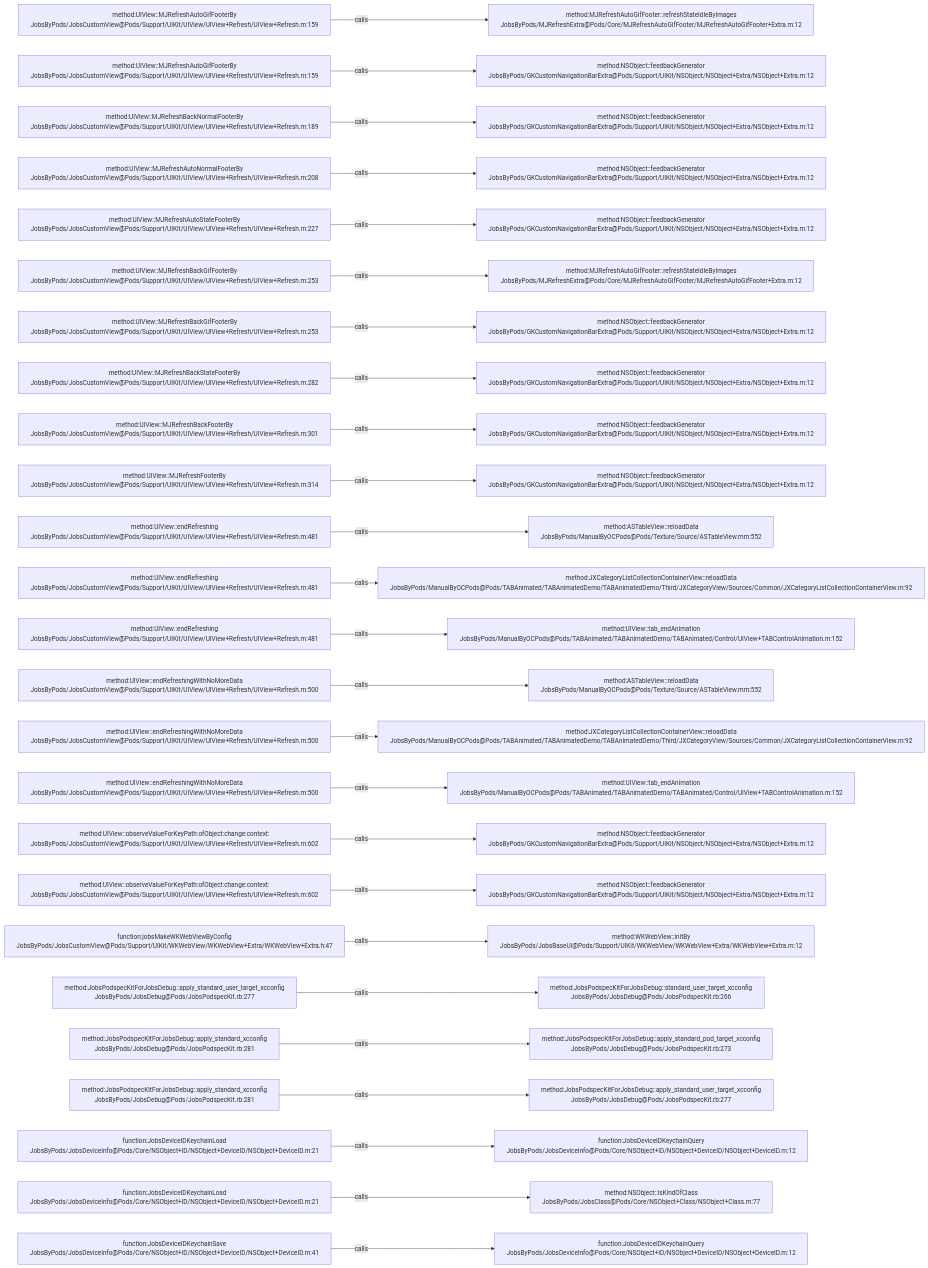
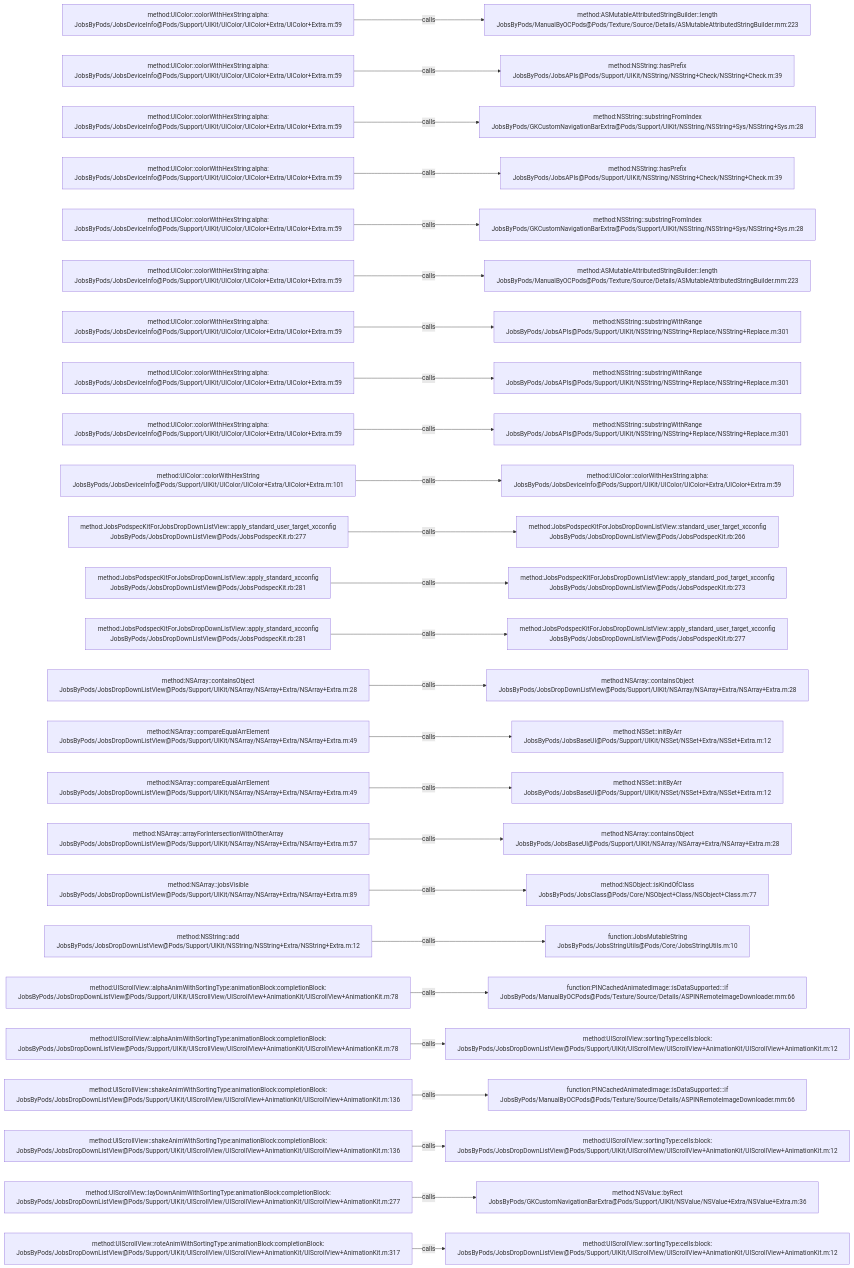
One commit to JobsKits/JobsOCBaseConfigDemo changed the diagram in .codegraph/codegraph.md/graphs/calls-092.md. Above: the diagram before and after it, drawn with Mermaid. The commit also changed 639 other files, not shown here.

````diff
--- a/.codegraph/codegraph.md/graphs/calls-092.md
+++ b/.codegraph/codegraph.md/graphs/calls-092.md
@@ -13,78 +13,78 @@
 ```mermaid
 flowchart LR
-  S1["method:UIView::MJRefreshAutoGifFooterBy<br/>JobsByPods/JobsCustomView@Pods/Support/UIKit/UIView/UIView+Refresh/UIView+Refresh.m:159"]
-  T1["method:MJRefreshAutoGifFooter::refreshStateIdleByImages<br/>JobsByPods/MJRefreshExtra@Pods/Core/MJRefreshAutoGifFooter/MJRefreshAutoGifFooter+Extra.m:12"]
+  S1["method:UIColor::colorWithHexString:alpha:<br/>JobsByPods/JobsDeviceInfo@Pods/Support/UIKit/UIColor/UIColor+Extra/UIColor+Extra.m:59"]
+  T1["method:ASMutableAttributedStringBuilder::length<br/>JobsByPods/ManualByOCPods@Pods/Texture/Source/Details/ASMutableAttributedStringBuilder.mm:223"]
   S1 -->|calls| T1
-  S2["method:UIView::MJRefreshAutoGifFooterBy<br/>JobsByPods/JobsCustomView@Pods/Support/UIKit/UIView/UIView+Refresh/UIView+Refresh.m:159"]
-  T2["method:NSObject::feedbackGenerator<br/>JobsByPods/GKCustomNavigationBarExtra@Pods/Support/UIKit/NSObject/NSObject+Extra/NSObject+Extra.m:12"]
+  S2["method:UIColor::colorWithHexString:alpha:<br/>JobsByPods/JobsDeviceInfo@Pods/Support/UIKit/UIColor/UIColor+Extra/UIColor+Extra.m:59"]
+  T2["method:NSString::hasPrefix<br/>JobsByPods/JobsAPIs@Pods/Support/UIKit/NSString/NSString+Check/NSString+Check.m:39"]
   S2 -->|calls| T2
-  S3["method:UIView::MJRefreshBackNormalFooterBy<br/>JobsByPods/JobsCustomView@Pods/Support/UIKit/UIView/UIView+Refresh/UIView+Refresh.m:189"]
-  T3["method:NSObject::feedbackGenerator<br/>JobsByPods/GKCustomNavigationBarExtra@Pods/Support/UIKit/NSObject/NSObject+Extra/NSObject+Extra.m:12"]
+  S3["method:UIColor::colorWithHexString:alpha:<br/>JobsByPods/JobsDeviceInfo@Pods/Support/UIKit/UIColor/UIColor+Extra/UIColor+Extra.m:59"]
+  T3["method:NSString::substringFromIndex<br/>JobsByPods/GKCustomNavigationBarExtra@Pods/Support/UIKit/NSString/NSString+Sys/NSString+Sys.m:28"]
   S3 -->|calls| T3
-  S4["method:UIView::MJRefreshAutoNormalFooterBy<br/>JobsByPods/JobsCustomView@Pods/Support/UIKit/UIView/UIView+Refresh/UIView+Refresh.m:208"]
-  T4["method:NSObject::feedbackGenerator<br/>JobsByPods/GKCustomNavigationBarExtra@Pods/Support/UIKit/NSObject/NSObject+Extra/NSObject+Extra.m:12"]
+  S4["method:UIColor::colorWithHexString:alpha:<br/>JobsByPods/JobsDeviceInfo@Pods/Support/UIKit/UIColor/UIColor+Extra/UIColor+Extra.m:59"]
+  T4["method:NSString::hasPrefix<br/>JobsByPods/JobsAPIs@Pods/Support/UIKit/NSString/NSString+Check/NSString+Check.m:39"]
   S4 -->|calls| T4
-  S5["method:UIView::MJRefreshAutoStateFooterBy<br/>JobsByPods/JobsCustomView@Pods/Support/UIKit/UIView/UIView+Refresh/UIView+Refresh.m:227"]
-  T5["method:NSObject::feedbackGenerator<br/>JobsByPods/GKCustomNavigationBarExtra@Pods/Support/UIKit/NSObject/NSObject+Extra/NSObject+Extra.m:12"]
+  S5["method:UIColor::colorWithHexString:alpha:<br/>JobsByPods/JobsDeviceInfo@Pods/Support/UIKit/UIColor/UIColor+Extra/UIColor+Extra.m:59"]
+  T5["method:NSString::substringFromIndex<br/>JobsByPods/GKCustomNavigationBarExtra@Pods/Support/UIKit/NSString/NSString+Sys/NSString+Sys.m:28"]
   S5 -->|calls| T5
-  S6["method:UIView::MJRefreshBackGifFooterBy<br/>JobsByPods/JobsCustomView@Pods/Support/UIKit/UIView/UIView+Refresh/UIView+Refresh.m:253"]
-  T6["method:MJRefreshAutoGifFooter::refreshStateIdleByImages<br/>JobsByPods/MJRefreshExtra@Pods/Core/MJRefreshAutoGifFooter/MJRefreshAutoGifFooter+Extra.m:12"]
+  S6["method:UIColor::colorWithHexString:alpha:<br/>JobsByPods/JobsDeviceInfo@Pods/Support/UIKit/UIColor/UIColor+Extra/UIColor+Extra.m:59"]
+  T6["method:ASMutableAttributedStringBuilder::length<br/>JobsByPods/ManualByOCPods@Pods/Texture/Source/Details/ASMutableAttributedStringBuilder.mm:223"]
   S6 -->|calls| T6
-  S7["method:UIView::MJRefreshBackGifFooterBy<br/>JobsByPods/JobsCustomView@Pods/Support/UIKit/UIView/UIView+Refresh/UIView+Refresh.m:253"]
-  T7["method:NSObject::feedbackGenerator<br/>JobsByPods/GKCustomNavigationBarExtra@Pods/Support/UIKit/NSObject/NSObject+Extra/NSObject+Extra.m:12"]
+  S7["method:UIColor::colorWithHexString:alpha:<br/>JobsByPods/JobsDeviceInfo@Pods/Support/UIKit/UIColor/UIColor+Extra/UIColor+Extra.m:59"]
+  T7["method:NSString::substringWithRange<br/>JobsByPods/JobsAPIs@Pods/Support/UIKit/NSString/NSString+Replace/NSString+Replace.m:301"]
   S7 -->|calls| T7
-  S8["method:UIView::MJRefreshBackStateFooterBy<br/>JobsByPods/JobsCustomView@Pods/Support/UIKit/UIView/UIView+Refresh/UIView+Refresh.m:282"]
-  T8["method:NSObject::feedbackGenerator<br/>JobsByPods/GKCustomNavigationBarExtra@Pods/Support/UIKit/NSObject/NSObject+Extra/NSObject+Extra.m:12"]
+  S8["method:UIColor::colorWithHexString:alpha:<br/>JobsByPods/JobsDeviceInfo@Pods/Support/UIKit/UIColor/UIColor+Extra/UIColor+Extra.m:59"]
+  T8["method:NSString::substringWithRange<br/>JobsByPods/JobsAPIs@Pods/Support/UIKit/NSString/NSString+Replace/NSString+Replace.m:301"]
   S8 -->|calls| T8
-  S9["method:UIView::MJRefreshBackFooterBy<br/>JobsByPods/JobsCustomView@Pods/Support/UIKit/UIView/UIView+Refresh/UIView+Refresh.m:301"]
-  T9["method:NSObject::feedbackGenerator<br/>JobsByPods/GKCustomNavigationBarExtra@Pods/Support/UIKit/NSObject/NSObject+Extra/NSObject+Extra.m:12"]
+  S9["method:UIColor::colorWithHexString:alpha:<br/>JobsByPods/JobsDeviceInfo@Pods/Support/UIKit/UIColor/UIColor+Extra/UIColor+Extra.m:59"]
+  T9["method:NSString::substringWithRange<br/>JobsByPods/JobsAPIs@Pods/Support/UIKit/NSString/NSString+Replace/NSString+Replace.m:301"]
   S9 -->|calls| T9
-  S10["method:UIView::MJRefreshFooterBy<br/>JobsByPods/JobsCustomView@Pods/Support/UIKit/UIView/UIView+Refresh/UIView+Refresh.m:314"]
-  T10["method:NSObject::feedbackGenerator<br/>JobsByPods/GKCustomNavigationBarExtra@Pods/Support/UIKit/NSObject/NSObject+Extra/NSObject+Extra.m:12"]
+  S10["method:UIColor::colorWithHexString<br/>JobsByPods/JobsDeviceInfo@Pods/Support/UIKit/UIColor/UIColor+Extra/UIColor+Extra.m:101"]
+  T10["method:UIColor::colorWithHexString:alpha:<br/>JobsByPods/JobsDeviceInfo@Pods/Support/UIKit/UIColor/UIColor+Extra/UIColor+Extra.m:59"]
   S10 -->|calls| T10
-  S11["method:UIView::endRefreshing<br/>JobsByPods/JobsCustomView@Pods/Support/UIKit/UIView/UIView+Refresh/UIView+Refresh.m:481"]
-  T11["method:ASTableView::reloadData<br/>JobsByPods/ManualByOCPods@Pods/Texture/Source/ASTableView.mm:552"]
+  S11["method:JobsPodspecKitForJobsDropDownListView::apply_standard_user_target_xcconfig<br/>JobsByPods/JobsDropDownListView@Pods/JobsPodspecKit.rb:277"]
+  T11["method:JobsPodspecKitForJobsDropDownListView::standard_user_target_xcconfig<br/>JobsByPods/JobsDropDownListView@Pods/JobsPodspecKit.rb:266"]
   S11 -->|calls| T11
-  S12["method:UIView::endRefreshing<br/>JobsByPods/JobsCustomView@Pods/Support/UIKit/UIView/UIView+Refresh/UIView+Refresh.m:481"]
-  T12["method:JXCategoryListCollectionContainerView::reloadData<br/>JobsByPods/ManualByOCPods@Pods/TABAnimated/TABAnimatedDemo/TABAnimatedDemo/Third/JXCategoryView/Sources/Common/JXCategoryListCollectionContainerView.m:92"]
+  S12["method:JobsPodspecKitForJobsDropDownListView::apply_standard_xcconfig<br/>JobsByPods/JobsDropDownListView@Pods/JobsPodspecKit.rb:281"]
+  T12["method:JobsPodspecKitForJobsDropDownListView::apply_standard_pod_target_xcconfig<br/>JobsByPods/JobsDropDownListView@Pods/JobsPodspecKit.rb:273"]
   S12 -->|calls| T12
-  S13["method:UIView::endRefreshing<br/>JobsByPods/JobsCustomView@Pods/Support/UIKit/UIView/UIView+Refresh/UIView+Refresh.m:481"]
-  T13["method:UIView::tab_endAnimation<br/>JobsByPods/ManualByOCPods@Pods/TABAnimated/TABAnimatedDemo/TABAnimated/Control/UIView+TABControlAnimation.m:152"]
+  S13["method:JobsPodspecKitForJobsDropDownListView::apply_standard_xcconfig<br/>JobsByPods/JobsDropDownListView@Pods/JobsPodspecKit.rb:281"]
+  T13["method:JobsPodspecKitForJobsDropDownListView::apply_standard_user_target_xcconfig<br/>JobsByPods/JobsDropDownListView@Pods/JobsPodspecKit.rb:277"]
   S13 -->|calls| T13
-  S14["method:UIView::endRefreshingWithNoMoreData<br/>JobsByPods/JobsCustomView@Pods/Support/UIKit/UIView/UIView+Refresh/UIView+Refresh.m:500"]
-  T14["method:ASTableView::reloadData<br/>JobsByPods/ManualByOCPods@Pods/Texture/Source/ASTableView.mm:552"]
+  S14["method:NSArray::containsObject<br/>JobsByPods/JobsDropDownListView@Pods/Support/UIKit/NSArray/NSArray+Extra/NSArray+Extra.m:28"]
+  T14["method:NSArray::containsObject<br/>JobsByPods/JobsDropDownListView@Pods/Support/UIKit/NSArray/NSArray+Extra/NSArray+Extra.m:28"]
   S14 -->|calls| T14
-  S15["method:UIView::endRefreshingWithNoMoreData<br/>JobsByPods/JobsCustomView@Pods/Support/UIKit/UIView/UIView+Refresh/UIView+Refresh.m:500"]
-  T15["method:JXCategoryListCollectionContainerView::reloadData<br/>JobsByPods/ManualByOCPods@Pods/TABAnimated/TABAnimatedDemo/TABAnimatedDemo/Third/JXCategoryView/Sources/Common/JXCategoryListCollectionContainerView.m:92"]
+  S15["method:NSArray::compareEqualArrElement<br/>JobsByPods/JobsDropDownListView@Pods/Support/UIKit/NSArray/NSArray+Extra/NSArray+Extra.m:49"]
+  T15["method:NSSet::initByArr<br/>JobsByPods/JobsBaseUI@Pods/Support/UIKit/NSSet/NSSet+Extra/NSSet+Extra.m:12"]
   S15 -->|calls| T15
-  S16["method:UIView::endRefreshingWithNoMoreData<br/>JobsByPods/JobsCustomView@Pods/Support/UIKit/UIView/UIView+Refresh/UIView+Refresh.m:500"]
-  T16["method:UIView::tab_endAnimation<br/>JobsByPods/ManualByOCPods@Pods/TABAnimated/TABAnimatedDemo/TABAnimated/Control/UIView+TABControlAnimation.m:152"]
+  S16["method:NSArray::compareEqualArrElement<br/>JobsByPods/JobsDropDownListView@Pods/Support/UIKit/NSArray/NSArray+Extra/NSArray+Extra.m:49"]
+  T16["method:NSSet::initByArr<br/>JobsByPods/JobsBaseUI@Pods/Support/UIKit/NSSet/NSSet+Extra/NSSet+Extra.m:12"]
   S16 -->|calls| T16
-  S17["method:UIView::observeValueForKeyPath:ofObject:change:context:<br/>JobsByPods/JobsCustomView@Pods/Support/UIKit/UIView/UIView+Refresh/UIView+Refresh.m:602"]
-  T17["method:NSObject::feedbackGenerator<br/>JobsByPods/GKCustomNavigationBarExtra@Pods/Support/UIKit/NSObject/NSObject+Extra/NSObject+Extra.m:12"]
+  S17["method:NSArray::arrayForIntersectionWithOtherArray<br/>JobsByPods/JobsDropDownListView@Pods/Support/UIKit/NSArray/NSArray+Extra/NSArray+Extra.m:57"]
+  T17["method:NSArray::containsObject<br/>JobsByPods/JobsBaseUI@Pods/Support/UIKit/NSArray/NSArray+Extra/NSArray+Extra.m:28"]
   S17 -->|calls| T17
-  S18["method:UIView::observeValueForKeyPath:ofObject:change:context:<br/>JobsByPods/JobsCustomView@Pods/Support/UIKit/UIView/UIView+Refresh/UIView+Refresh.m:602"]
-  T18["method:NSObject::feedbackGenerator<br/>JobsByPods/GKCustomNavigationBarExtra@Pods/Support/UIKit/NSObject/NSObject+Extra/NSObject+Extra.m:12"]
+  S18["method:NSArray::jobsVisible<br/>JobsByPods/JobsDropDownListView@Pods/Support/UIKit/NSArray/NSArray+Extra/NSArray+Extra.m:89"]
+  T18["method:NSObject::isKindOfClass<br/>JobsByPods/JobsClass@Pods/Core/NSObject+Class/NSObject+Class.m:77"]
   S18 -->|calls| T18
-  S19["function:jobsMakeWKWebViewByConfig<br/>JobsByPods/JobsCustomView@Pods/Support/UIKit/WKWebView/WKWebView+Extra/WKWebView+Extra.h:47"]
-  T19["method:WKWebView::initBy<br/>JobsByPods/JobsBaseUI@Pods/Support/UIKit/WKWebView/WKWebView+Extra/WKWebView+Extra.m:12"]
+  S19["method:NSString::add<br/>JobsByPods/JobsDropDownListView@Pods/Support/UIKit/NSString/NSString+Extra/NSString+Extra.m:12"]
+  T19["function:JobsMutableString<br/>JobsByPods/JobsStringUtils@Pods/Core/JobsStringUtils.m:10"]
   S19 -->|calls| T19
-  S20["method:JobsPodspecKitForJobsDebug::apply_standard_user_target_xcconfig<br/>JobsByPods/JobsDebug@Pods/JobsPodspecKit.rb:277"]
-  T20["method:JobsPodspecKitForJobsDebug::standard_user_target_xcconfig<br/>JobsByPods/JobsDebug@Pods/JobsPodspecKit.rb:266"]
+  S20["method:UIScrollView::alphaAnimWithSortingType:animationBlock:completionBlock:<br/>JobsByPods/JobsDropDownListView@Pods/Support/UIKit/UIScrollView/UIScrollView+AnimationKit/UIScrollView+AnimationKit.m:78"]
+  T20["function:PINCachedAnimatedImage::isDataSupported:::if<br/>JobsByPods/ManualByOCPods@Pods/Texture/Source/Details/ASPINRemoteImageDownloader.mm:66"]
   S20 -->|calls| T20
-  S21["method:JobsPodspecKitForJobsDebug::apply_standard_xcconfig<br/>JobsByPods/JobsDebug@Pods/JobsPodspecKit.rb:281"]
-  T21["method:JobsPodspecKitForJobsDebug::apply_standard_pod_target_xcconfig<br/>JobsByPods/JobsDebug@Pods/JobsPodspecKit.rb:273"]
+  S21["method:UIScrollView::alphaAnimWithSortingType:animationBlock:completionBlock:<br/>JobsByPods/JobsDropDownListView@Pods/Support/UIKit/UIScrollView/UIScrollView+AnimationKit/UIScrollView+AnimationKit.m:78"]
+  T21["method:UIScrollView::sortingType:cells:block:<br/>JobsByPods/JobsDropDownListView@Pods/Support/UIKit/UIScrollView/UIScrollView+AnimationKit/UIScrollView+AnimationKit.m:12"]
   S21 -->|calls| T21
-  S22["method:JobsPodspecKitForJobsDebug::apply_standard_xcconfig<br/>JobsByPods/JobsDebug@Pods/JobsPodspecKit.rb:281"]
-  T22["method:JobsPodspecKitForJobsDebug::apply_standard_user_target_xcconfig<br/>JobsByPods/JobsDebug@Pods/JobsPodspecKit.rb:277"]
+  S22["method:UIScrollView::shakeAnimWithSortingType:animationBlock:completionBlock:<br/>JobsByPods/JobsDropDownListView@Pods/Support/UIKit/UIScrollView/UIScrollView+AnimationKit/UIScrollView+AnimationKit.m:136"]
+  T22["function:PINCachedAnimatedImage::isDataSupported:::if<br/>JobsByPods/ManualByOCPods@Pods/Texture/Source/Details/ASPINRemoteImageDownloader.mm:66"]
   S22 -->|calls| T22
-  S23["function:JobsDeviceIDKeychainLoad<br/>JobsByPods/JobsDeviceInfo@Pods/Core/NSObject+ID/NSObject+DeviceID/NSObject+DeviceID.m:21"]
-  T23["function:JobsDeviceIDKeychainQuery<br/>JobsByPods/JobsDeviceInfo@Pods/Core/NSObject+ID/NSObject+DeviceID/NSObject+DeviceID.m:12"]
+  S23["method:UIScrollView::shakeAnimWithSortingType:animationBlock:completionBlock:<br/>JobsByPods/JobsDropDownListView@Pods/Support/UIKit/UIScrollView/UIScrollView+AnimationKit/UIScrollView+AnimationKit.m:136"]
+  T23["method:UIScrollView::sortingType:cells:block:<br/>JobsByPods/JobsDropDownListView@Pods/Support/UIKit/UIScrollView/UIScrollView+AnimationKit/UIScrollView+AnimationKit.m:12"]
   S23 -->|calls| T23
-  S24["function:JobsDeviceIDKeychainLoad<br/>JobsByPods/JobsDeviceInfo@Pods/Core/NSObject+ID/NSObject+DeviceID/NSObject+DeviceID.m:21"]
-  T24["method:NSObject::isKindOfClass<br/>JobsByPods/JobsClass@Pods/Core/NSObject+Class/NSObject+Class.m:77"]
+  S24["method:UIScrollView::layDownAnimWithSortingType:animationBlock:completionBlock:<br/>JobsByPods/JobsDropDownListView@Pods/Support/UIKit/UIScrollView/UIScrollView+AnimationKit/UIScrollView+AnimationKit.m:277"]
+  T24["method:NSValue::byRect<br/>JobsByPods/GKCustomNavigationBarExtra@Pods/Support/UIKit/NSValue/NSValue+Extra/NSValue+Extra.m:36"]
   S24 -->|calls| T24
-  S25["function:JobsDeviceIDKeychainSave<br/>JobsByPods/JobsDeviceInfo@Pods/Core/NSObject+ID/NSObject+DeviceID/NSObject+DeviceID.m:41"]
-  T25["function:JobsDeviceIDKeychainQuery<br/>JobsByPods/JobsDeviceInfo@Pods/Core/NSObject+ID/NSObject+DeviceID/NSObject+DeviceID.m:12"]
+  S25["method:UIScrollView::roteAnimWithSortingType:animationBlock:completionBlock:<br/>JobsByPods/JobsDropDownListView@Pods/Support/UIKit/UIScrollView/UIScrollView+AnimationKit/UIScrollView+AnimationKit.m:317"]
+  T25["method:UIScrollView::sortingType:cells:block:<br/>JobsByPods/JobsDropDownListView@Pods/Support/UIKit/UIScrollView/UIScrollView+AnimationKit/UIScrollView+AnimationKit.m:12"]
   S25 -->|calls| T25
 ```
````
